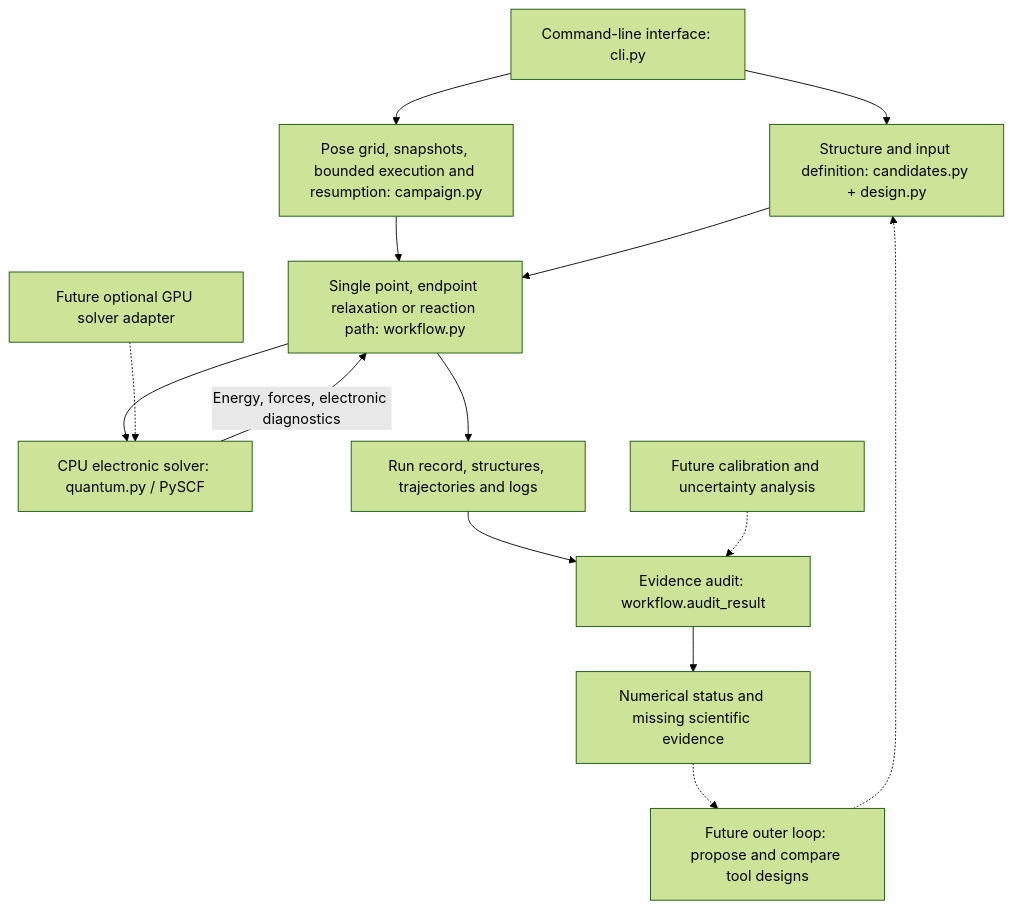
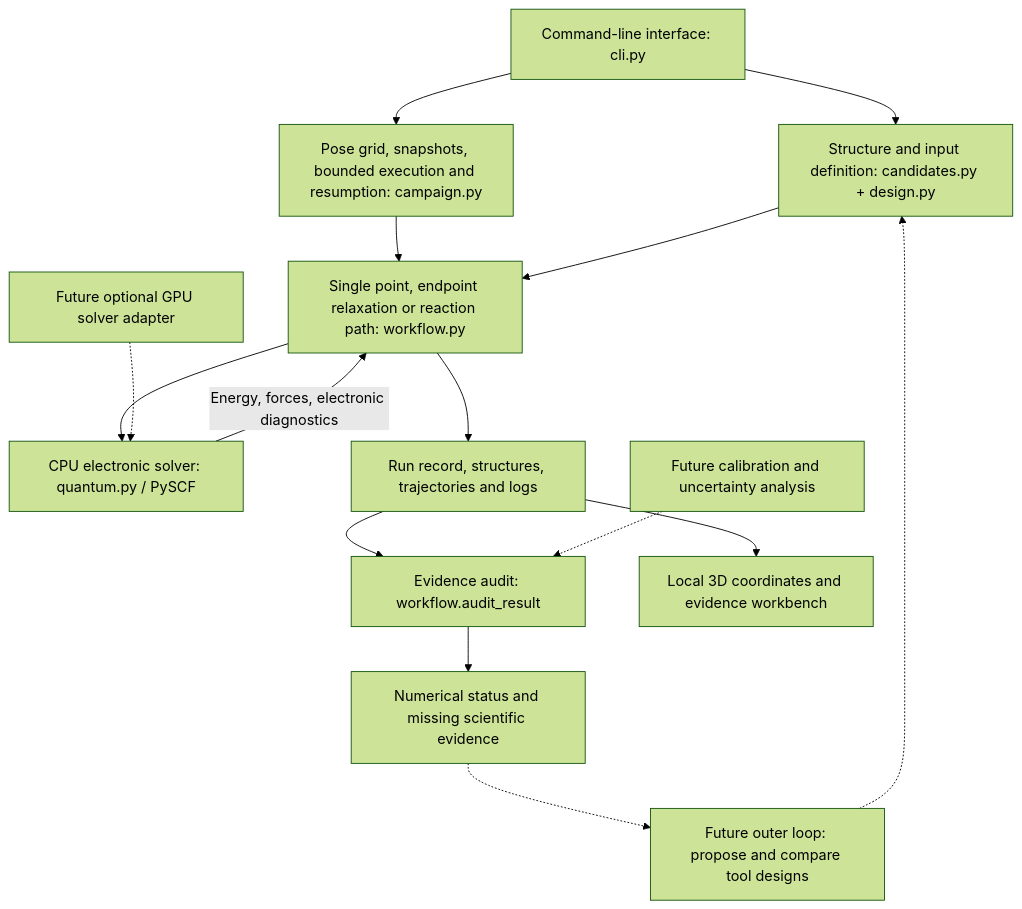
The diagram in docs/ARCHITECTURE.md (andresloak100/Molecular-nano-), drawn with Mermaid (forest theme) before and after one commit. The commit also changed other lines of this file and 25 other files, not shown here.

Commit message:
Add local molecular workbench and verified computation planning

````diff
--- a/docs/ARCHITECTURE.md
+++ b/docs/ARCHITECTURE.md
@@ -11,16 +13,17 @@
 ```mermaid
 flowchart TD
     CLI["Command-line interface: cli.py"] --> INPUT["Structure and input definition: candidates.py + design.py"]
     CLI --> CAMPAIGN["Pose grid, snapshots, bounded execution and resumption: campaign.py"]
     CAMPAIGN --> JOB
     INPUT --> JOB["Single point, endpoint relaxation or reaction path: workflow.py"]
     JOB --> SOLVER["CPU electronic solver: quantum.py / PySCF"]
     SOLVER -->|"Energy, forces, electronic diagnostics"| JOB
     JOB --> RECORD["Run record, structures, trajectories and logs"]
     RECORD --> AUDIT["Evidence audit: workflow.audit_result"]
+    RECORD --> VIEW["Local 3D coordinates and evidence workbench"]
     AUDIT --> REPORT["Numerical status and missing scientific evidence"]
     FUTURE["Future outer loop: propose and compare tool designs"] -.-> INPUT
     REPORT -.-> FUTURE
     BENCH["Future calibration and uncertainty analysis"] -.-> AUDIT
     GPU["Future optional GPU solver adapter"] -.-> SOLVER
 ```
````
